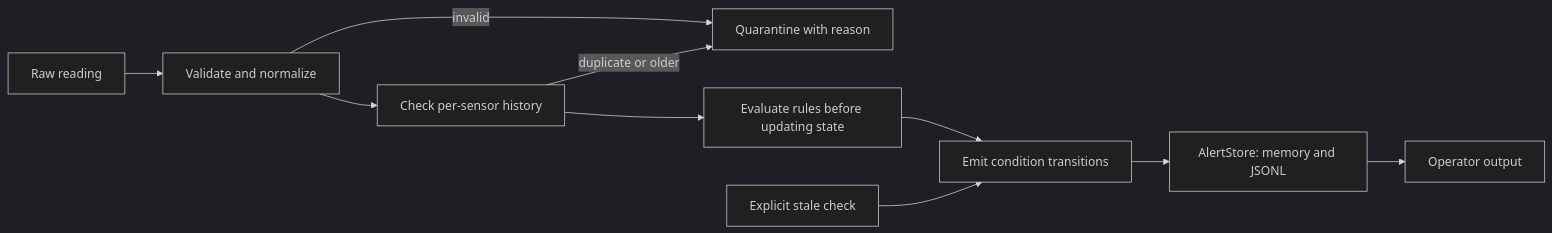
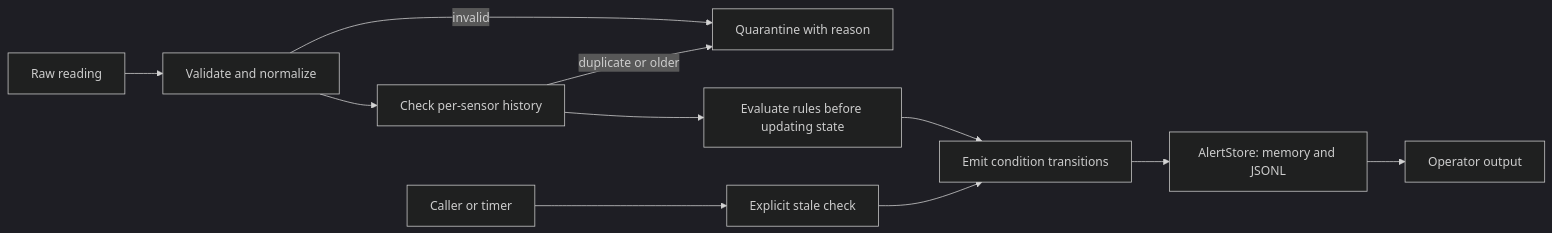
One commit to tonytrieu-dev/sensor-monitoring changed the diagram in design.md. Above: the diagram before and after it, drawn with Mermaid (dark theme).

Commit message:
docs: show what triggers the stale-data check

````diff
--- a/design.md
+++ b/design.md
@@ -10,12 +10,13 @@
 ```mermaid
 flowchart LR
     INPUT[Raw reading] --> PARSE[Validate and normalize]
     PARSE --> HISTORY[Check per-sensor history]
     PARSE -->|invalid| QUARANTINE[Quarantine with reason]
     HISTORY -->|duplicate or older| QUARANTINE
     HISTORY --> RULES[Evaluate rules before updating state]
     RULES --> FSM[Emit condition transitions]
-    CLOCK[Explicit stale check] --> FSM
+    TIMER[Caller or timer] --> CLOCK[Explicit stale check]
+    CLOCK --> FSM
     FSM --> STORE[AlertStore: memory and JSONL]
     STORE --> VIEW[Operator output]
 ```
````
